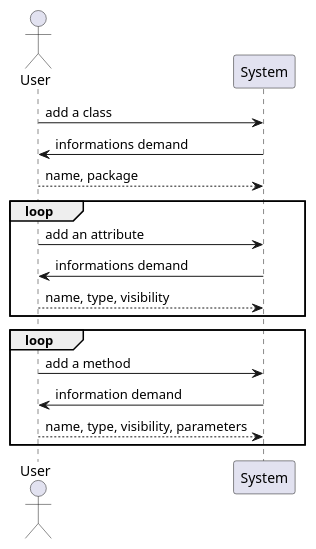
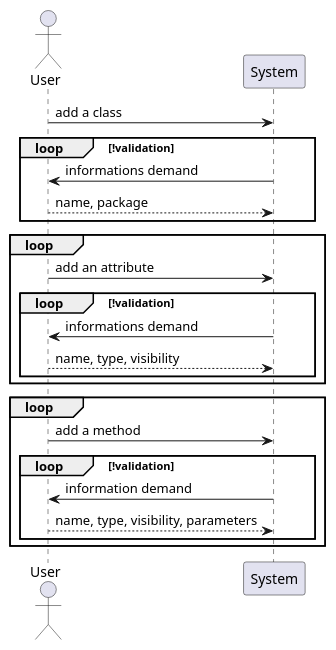
The diagram in src/com/github/tomap/uml/system/sequence/manageClasses.puml (Phalexei/Modeleur), drawn with PlantUML before and after one commit. The commit also changed 8 other files, not shown here.

Commit message:
Améliorations sur les diagrammes de séquence Ajout des diagrammes de séquences pour le digramme d'objet

```diff
--- a/src/com/github/tomap/uml/system/sequence/manageClasses.puml
+++ b/src/com/github/tomap/uml/system/sequence/manageClasses.puml
@@ -1,21 +1,27 @@
 @startuml
     actor User as U
     participant System as S
 
     U -> S: add a class
-    S -> U: informations demand
-    U --> S: name, package
+    loop !validation
+        S -> U: informations demand
+        U --> S: name, package
+    end
 
     loop
         U -> S: add an attribute
-        S -> U: informations demand
-        U --> S: name, type, visibility
+        loop !validation
+            S -> U: informations demand
+            U --> S: name, type, visibility
+        end
     end
 
     loop
         U -> S: add a method
-        S -> U: information demand
-        U --> S: name, type, visibility, parameters
+        loop !validation
+            S -> U: information demand
+            U --> S: name, type, visibility, parameters
+        end
     end
     
 @enduml
```
